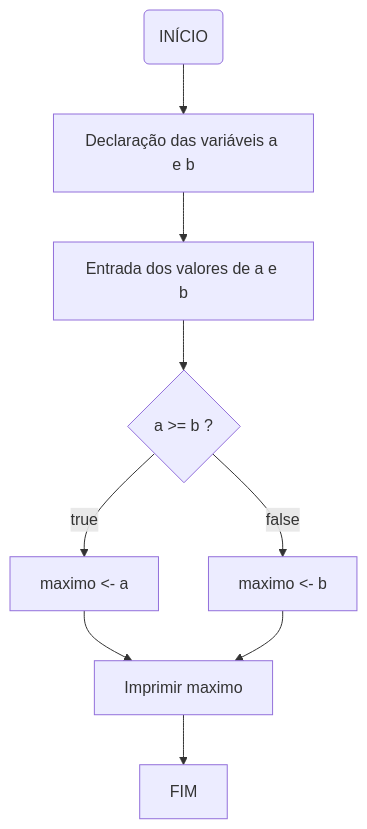
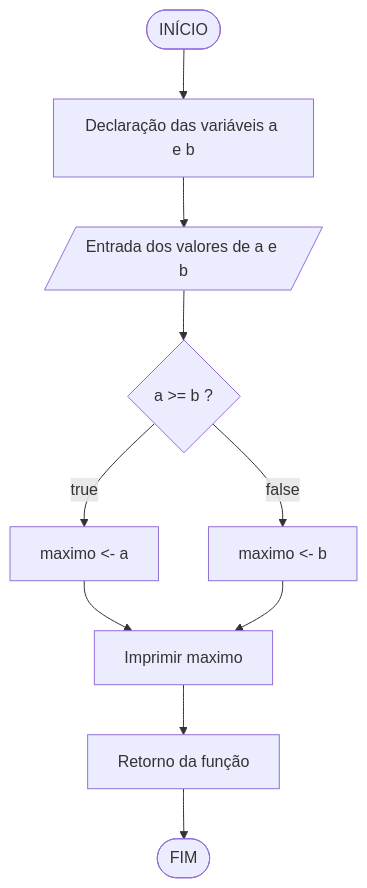
The diagram in conteudo/07-estruturas-de-selecao/comando-ternario/README.md (eduardo-ono/Introducao-a-Programacao), drawn with Mermaid before and after one commit. The commit also changed other lines of this file, not shown here.

````diff
--- a/conteudo/07-estruturas-de-selecao/comando-ternario/README.md
+++ b/conteudo/07-estruturas-de-selecao/comando-ternario/README.md
@@ -51,11 +78,12 @@
-  ```mermaid
-  flowchart TD
-  INICIO(INÍCIO) --> DECLARACAO[Declaração das variáveis a e b]
-  DECLARACAO --> INPUT[Entrada dos valores de a e b]
-  INPUT --> C{a >= b ?}
-  C --> | true | AA[maximo <- a]
-  C --> | false | AB[maximo <- b]
-  AA --> IMPRIMIR[Imprimir maximo]
-  AB --> IMPRIMIR
-  IMPRIMIR --> FIM
-  ```
+```mermaid
+flowchart TD
+INICIO([INÍCIO]) --> DECLARACAO[Declaração das variáveis a e b]
+DECLARACAO --> INPUT[/Entrada dos valores de a e b/]
+INPUT --> C{a >= b ?}
+C --> | true | AA[maximo <- a]
+C --> | false | AB[maximo <- b]
+AA --> IMPRIMIR[Imprimir maximo]
+AB --> IMPRIMIR
+IMPRIMIR --> RETORNO[Retorno da função]
+RETORNO --> FIM([FIM])
+```
````
